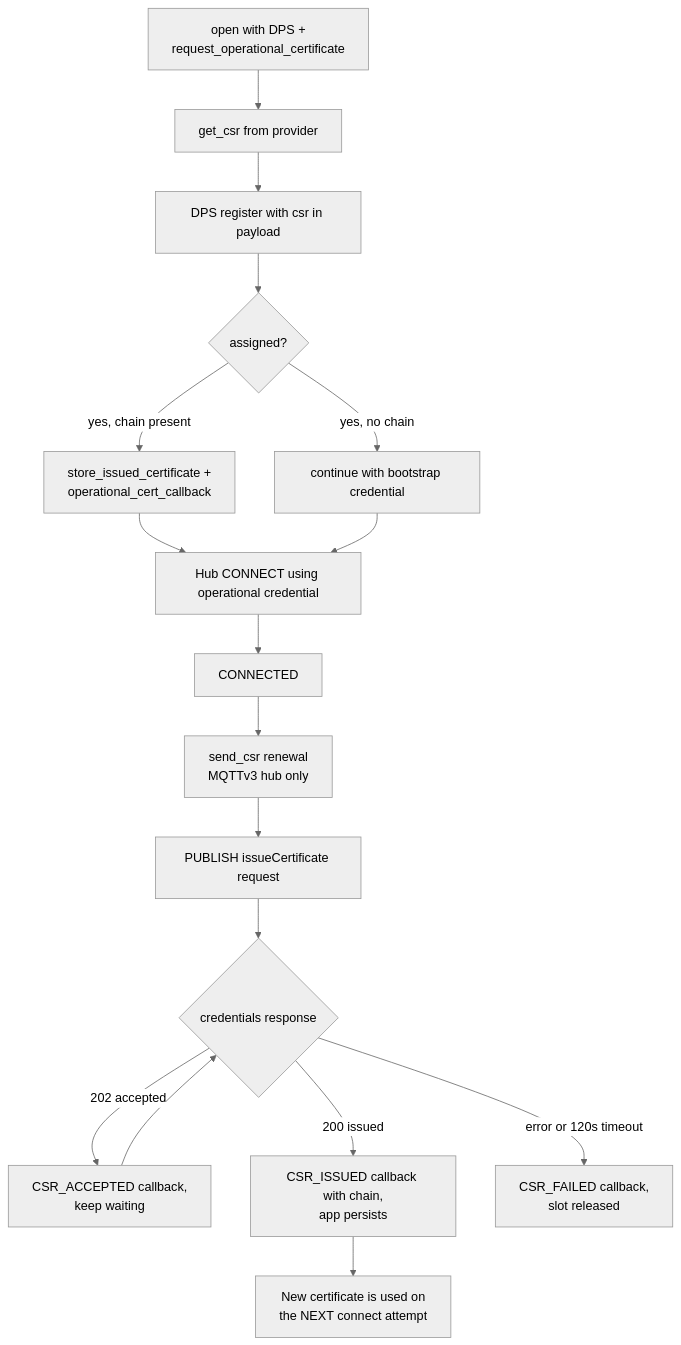
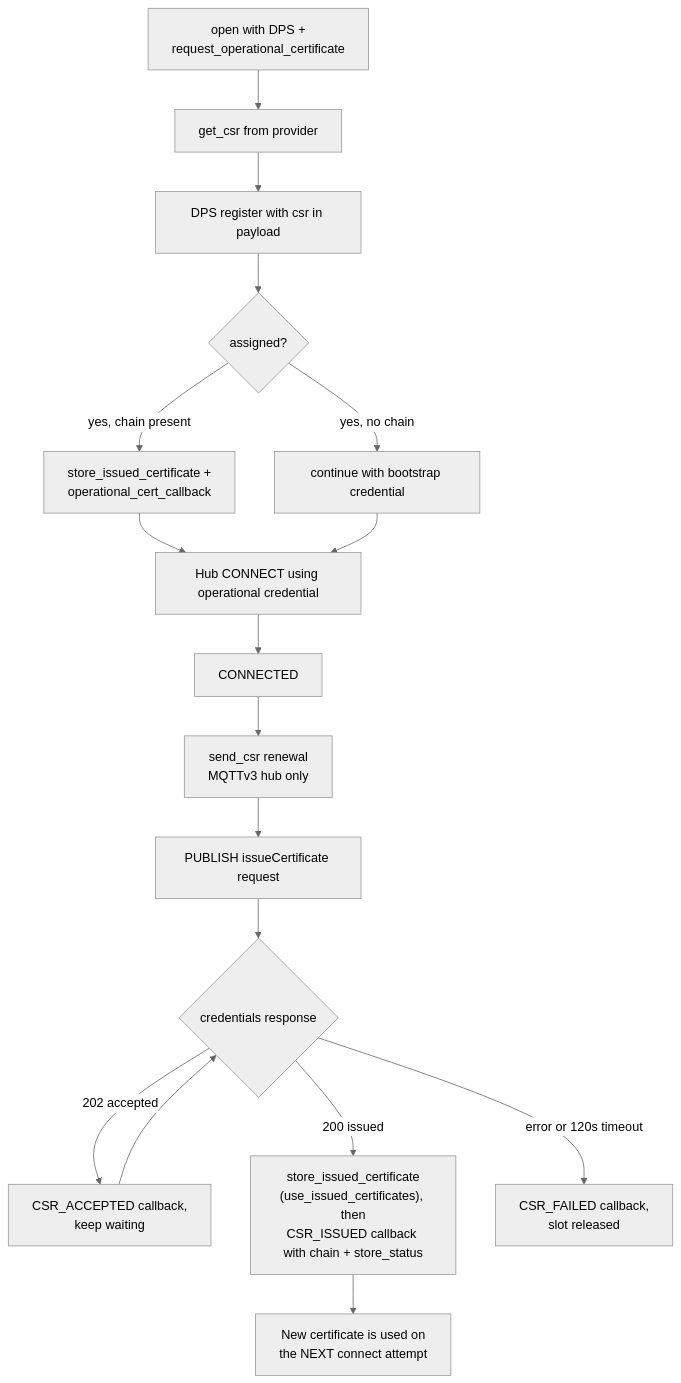
The sixth of 9 diagrams in c/docs/eng/connection-c.md (Azure/azure-iot-sdk), drawn with Mermaid (neutral theme) before and after one commit. The commit also changed other lines of this file and 15 other files, not shown here.

First line of the commit message:
[C] Store hub-issued certificates and report store results

````diff
--- a/c/docs/eng/connection-c.md
+++ b/c/docs/eng/connection-c.md
@@ -514,20 +514,20 @@
 ```mermaid
 flowchart TD
     A["open with DPS +<br/>request_operational_certificate"] --> B[get_csr from provider]
     B --> C["DPS register with csr in payload"]
     C --> D{assigned?}
     D -->|"yes, chain present"| E["store_issued_certificate +<br/>operational_cert_callback"]
     D -->|"yes, no chain"| F["continue with bootstrap credential"]
     E --> G["Hub CONNECT using operational credential"]
     F --> G
 
     G --> H[CONNECTED]
     H --> I["send_csr renewal<br/>MQTTv3 hub only"]
     I --> J["PUBLISH issueCertificate request"]
     J --> K{credentials response}
     K -->|202 accepted| L["CSR_ACCEPTED callback,<br/>keep waiting"]
     L --> K
-    K -->|200 issued| M["CSR_ISSUED callback with chain,<br/>app persists"]
+    K -->|200 issued| M["store_issued_certificate<br/>(use_issued_certificates), then<br/>CSR_ISSUED callback with chain + store_status"]
     K -->|"error or 120s timeout"| N["CSR_FAILED callback,<br/>slot released"]
     M --> O["New certificate is used on<br/>the NEXT connect attempt"]
 ```
````
